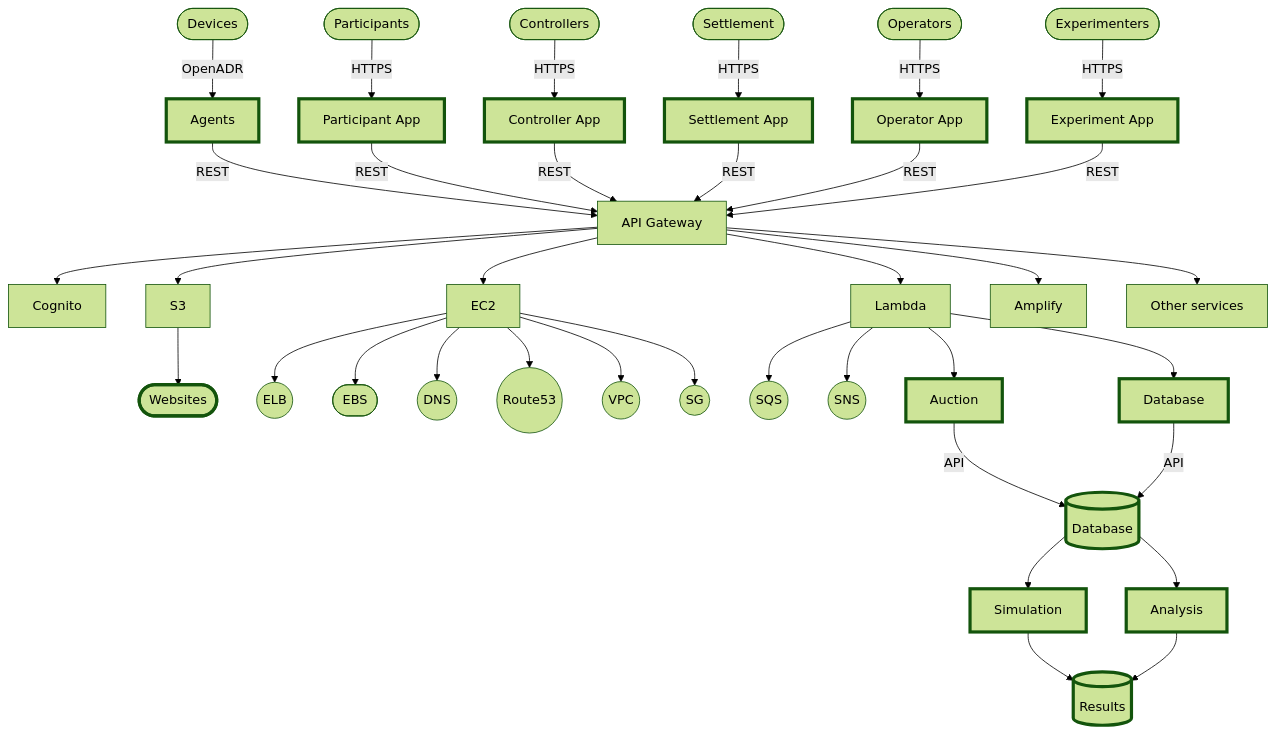
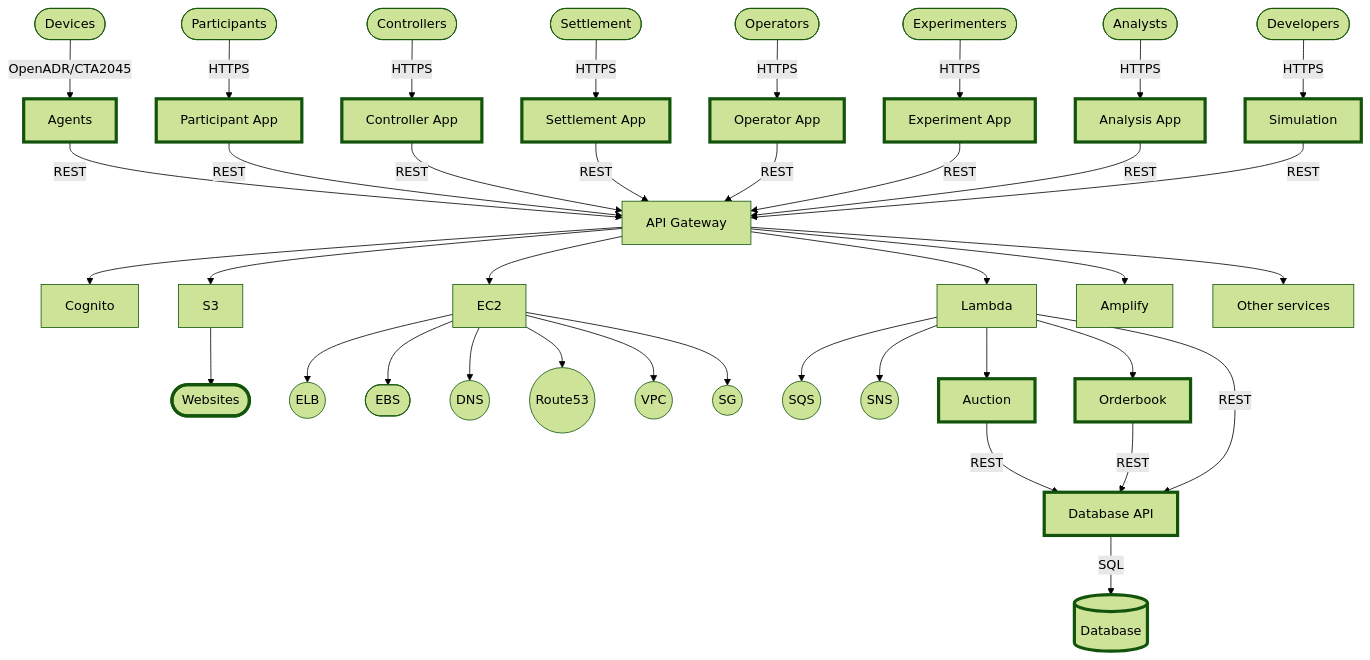
One commit to aivanova5/design changed the first of 2 diagrams in docs/README.md. Above: the diagram before and after it, drawn with Mermaid (forest theme).

````diff
--- a/docs/README.md
+++ b/docs/README.md
@@ -2,61 +2,59 @@
 ```mermaid
 flowchart TD
   
   classDef active stroke-width:4px;
 
-  devices([Devices]) --OpenADR--> agents  
+  devices([Devices]) --OpenADR/CTA2045--> agents  
   agents[Agents]:::active --REST--> gateway[API Gateway]
       click agents "https://github.com/postroad-energy/design/blob/main/docs/agents.md" _blank
 
   participant([Participants]) --HTTPS--> participant_app[Participant App]:::active --REST--> gateway
       click participant_app "https://github.com/postroad-energy/design/blob/main/docs/participants.md" _blank
 
   controllers([Controllers]) --HTTPS--> controller_app[Controller App]:::active --REST--> gateway
       click controller_app "https://github.com/postroad-energy/design/blob/main/docs/controllers.md" _blank
 
   settlement([Settlement]) --HTTPS--> settlement_app[Settlement App]:::active --REST--> gateway
       click billing_app "https://github.com/postroad-energy/design/blob/main/docs/settlement.md" _blank
 
   operators([Operators]) --HTTPS--> operator_app[Operator App]:::active --REST--> gateway
       click operator_app "https://github.com/postroad-energy/design/blob/main/docs/operators.md" _blank
 
   experiment([Experimenters]) --HTTPS--> experiment_app[Experiment App]:::active --REST--> gateway
       click experiment_app "https://github.com/postroad-energy/design/blob/main/docs/experimenters.md" _blank
 
+  analysis([Analysts]) --HTTPS--> analysis_app[Analysis App]:::active --REST--> gateway
+      click analysis_app "https://github.com/postroad-energy/design/blob/main/docs/analysis.md" _blank
+  
+  developers([Developers]) --HTTPS--> simulation[Simulation]:::active --REST--> gateway
+      click simulation "https://github.com/postroad-energy/design/blob/main/docs/simulation.md" _blank
+  
   gateway --> auth[Cognito]
   
   gateway --> s3[S3]
     s3 --> websites([Websites]):::active
       click websites "https://github.com/postroad-energy/design/blob/main/docs/websites.md" _blank
   
   gateway --> ec2[EC2]
     ec2 --> elb((ELB))
     ec2 --> ebs([EBS])
     ec2 --> dns((DNS))
     ec2 --> route53((Route53))
     ec2 --> vpc((VPC))
     ec2 --> sg((SG))
   
   gateway --> lambda[Lambda]
     lambda --> sqs((SQS))
     lambda --> sns((SNS))
-    lambda --> auction[Auction]:::active
+    lambda --> auction[Auction]:::active --REST--> db_api  
       click auction "https://github.com/postroad-energy/design/blob/main/docs/auction.md" _blank
-      auction --API--> database  
-    lambda --> db_api[Database]:::active
+    lambda --> orderbook[Orderbook]:::active --REST--> db_api  
+      click orderbook "https://github.com/postroad-energy/design/blob/main/docs/orderbook.md" _blank
+    lambda --REST--> db_api[Database API]:::active --SQL--> database[(Database)]:::active
       click db_api "https://github.com/postroad-energy/design/blob/main/docs/database.md" _blank
-      db_api --API--> database[(Database)]:::active
       click database "https://github.com/postroad-energy/design/blob/main/docs/database.md" _blank
       
   gateway --> amplify[Amplify]
   
   gateway --> other[Other services]
-  
-  database --> simulation[Simulation]:::active --> results[(Results)]:::active
-    click simulation "https://github.com/postroad-energy/design/blob/main/docs/simulation.md" _blank
-    click results "https://github.com/postroad-energy/design/blob/main/docs/results.md" _blank
-  
-  database --> analysis[Analysis]:::active --> results
-    click analysis "https://github.com/postroad-energy/design/blob/main/docs/analysis.md" _blank
-    
 ```
````
